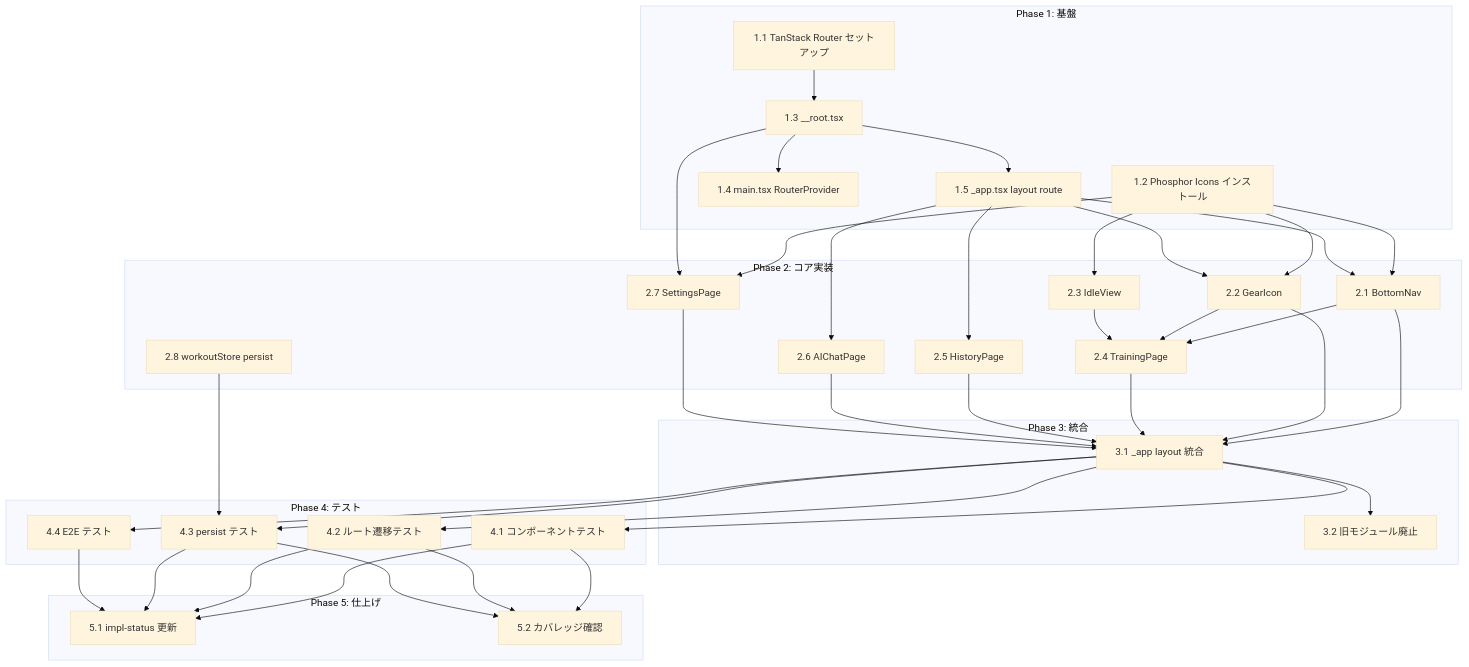
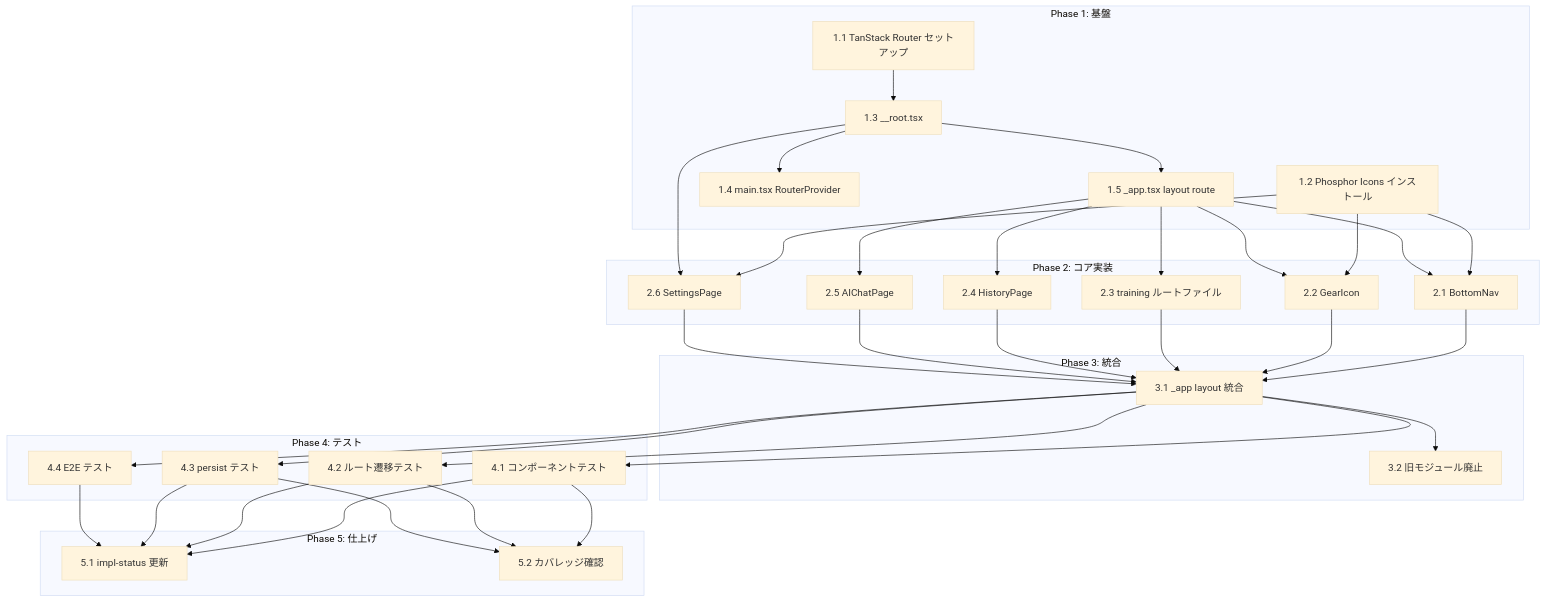
Before and after one commit to SakumaTakuya/gymini: the diagram in .sdd/task/navigation/tasks.md, drawn with Mermaid (base theme). The commit also changed other lines of this file and 2 other files, not shown here.

First line of the commit message:
fix(task): resolve workout/navigation task duplication and fix dependencies

````diff
--- a/.sdd/task/navigation/tasks.md
+++ b/.sdd/task/navigation/tasks.md
@@ -83,77 +81,71 @@
 ```mermaid
 graph TD
     subgraph "Phase 1: 基盤"
         T1_1["1.1 TanStack Router セットアップ"]
         T1_2["1.2 Phosphor Icons インストール"]
         T1_3["1.3 __root.tsx"]
         T1_4["1.4 main.tsx RouterProvider"]
         T1_5["1.5 _app.tsx layout route"]
     end
 
     subgraph "Phase 2: コア実装"
         T2_1["2.1 BottomNav"]
         T2_2["2.2 GearIcon"]
-        T2_3["2.3 IdleView"]
-        T2_4["2.4 TrainingPage"]
-        T2_5["2.5 HistoryPage"]
-        T2_6["2.6 AIChatPage"]
-        T2_7["2.7 SettingsPage"]
-        T2_8["2.8 workoutStore persist"]
+        T2_3["2.3 training ルートファイル"]
+        T2_4["2.4 HistoryPage"]
+        T2_5["2.5 AIChatPage"]
+        T2_6["2.6 SettingsPage"]
     end
 
     subgraph "Phase 3: 統合"
         T3_1["3.1 _app layout 統合"]
         T3_2["3.2 旧モジュール廃止"]
     end
 
     subgraph "Phase 4: テスト"
         T4_1["4.1 コンポーネントテスト"]
         T4_2["4.2 ルート遷移テスト"]
         T4_3["4.3 persist テスト"]
         T4_4["4.4 E2E テスト"]
     end
 
     subgraph "Phase 5: 仕上げ"
         T5_1["5.1 impl-status 更新"]
         T5_2["5.2 カバレッジ確認"]
     end
 
     T1_1 --> T1_3
     T1_3 --> T1_4
     T1_3 --> T1_5
 
     T1_2 --> T2_1
     T1_5 --> T2_1
     T1_2 --> T2_2
     T1_5 --> T2_2
-    T1_2 --> T2_3
-    T2_1 --> T2_4
-    T2_2 --> T2_4
-    T2_3 --> T2_4
+    T1_5 --> T2_3
+    T1_5 --> T2_4
     T1_5 --> T2_5
-    T1_5 --> T2_6
-    T1_2 --> T2_7
-    T1_3 --> T2_7
+    T1_2 --> T2_6
+    T1_3 --> T2_6
 
     T2_1 --> T3_1
     T2_2 --> T3_1
+    T2_3 --> T3_1
     T2_4 --> T3_1
     T2_5 --> T3_1
     T2_6 --> T3_1
-    T2_7 --> T3_1
     T3_1 --> T3_2
 
     T3_1 --> T4_1
     T3_1 --> T4_2
-    T2_8 --> T4_3
     T3_1 --> T4_3
     T3_1 --> T4_4
 
     T4_1 --> T5_1
     T4_2 --> T5_1
     T4_3 --> T5_1
     T4_4 --> T5_1
     T4_1 --> T5_2
     T4_2 --> T5_2
     T4_3 --> T5_2
 ```
````
